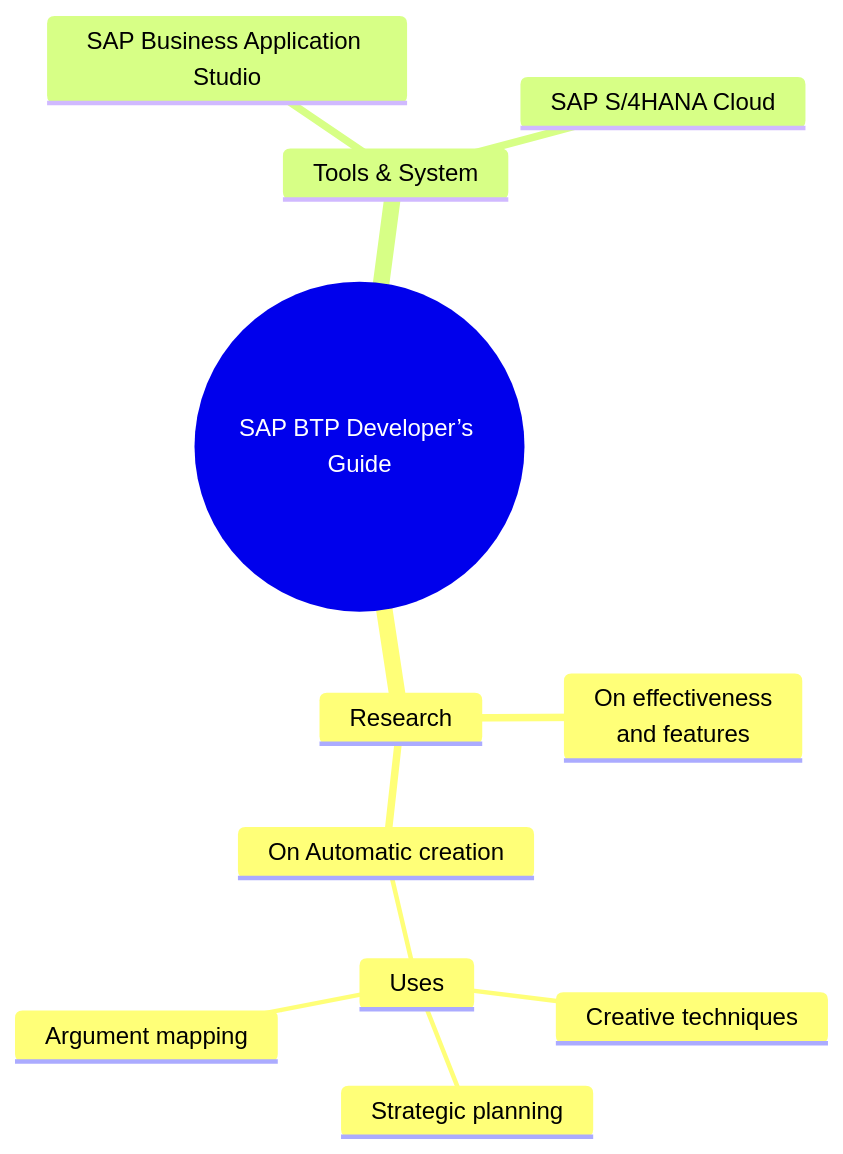
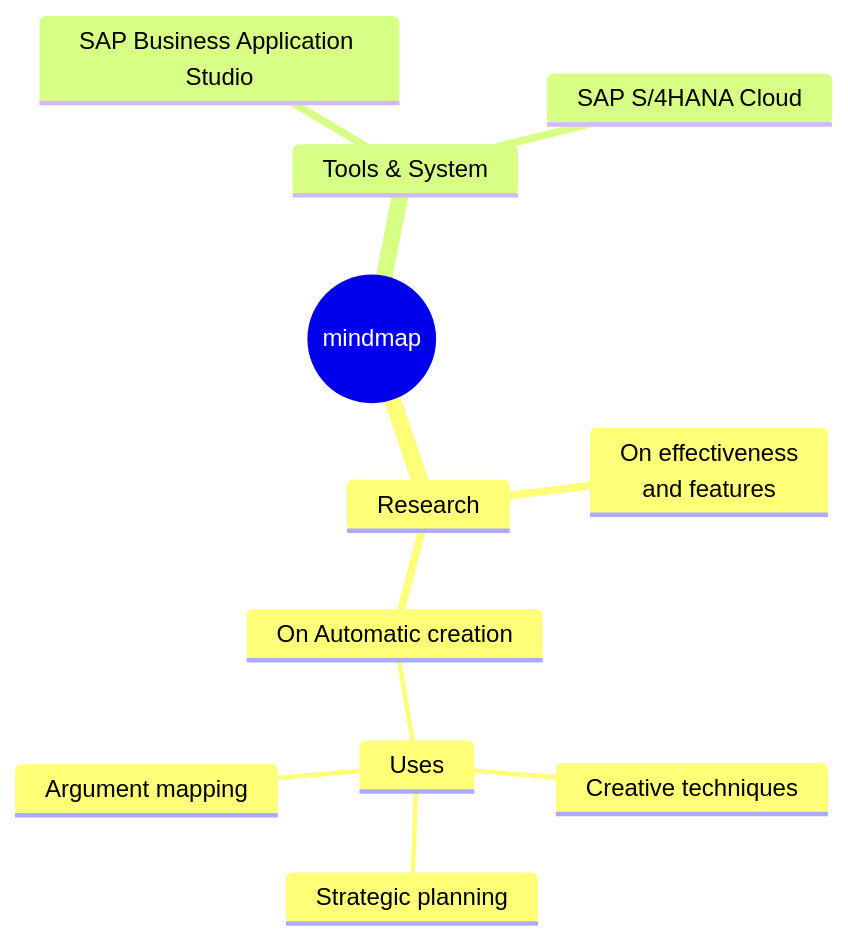
Before and after one commit to ejazsyed/validation-issue: the first of 4 diagrams in README.md, drawn with Mermaid.

````diff
--- a/README.md
+++ b/README.md
@@ -7,14 +7,14 @@
 ```mermaid
    mindmap
-  root((SAP BTP Developer’s Guide))
+  root((mindmap))
     Research
       On effectiveness<br/>and features
       On Automatic creation
         Uses
             Creative techniques
             Strategic planning
             Argument mapping
     Tools & System
       SAP Business Application Studio
       SAP S/4HANA Cloud
 ```
````
